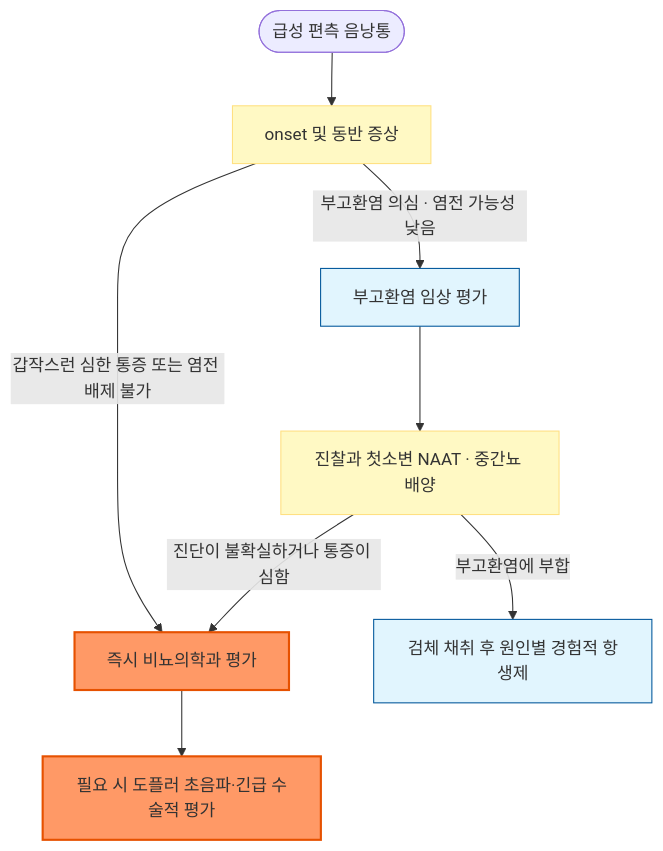
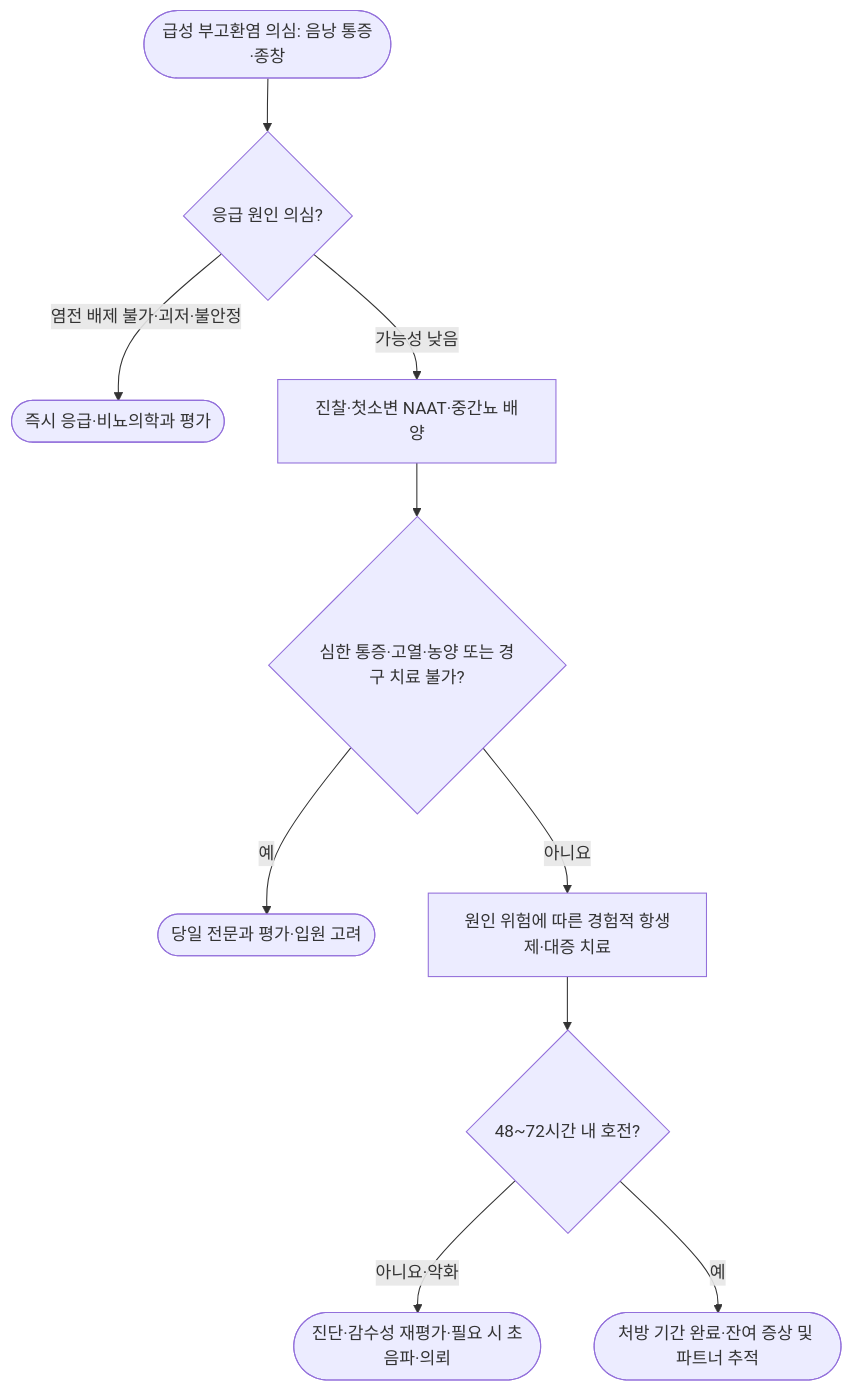
One commit to familyoh77/familyoh77 changed the diagram in 227_/121_-acute-epididymitis.md. Above: the diagram before and after it, drawn with Mermaid. The commit also changed other lines of this file and 9 other files, not shown here.

````diff
--- a/227_/121_-acute-epididymitis.md
+++ b/227_/121_-acute-epididymitis.md
@@ -99,16 +102,12 @@
 ```mermaid
-graph TD
-    Start([급성 편측 음낭통]) --> Onset[onset 및 동반 증상]
-    Onset -->|갑작스런 심한 통증 또는 염전 배제 불가| Torsion[즉시 비뇨의학과 평가]
-    Onset -->|부고환염 의심 · 염전 가능성 낮음| Epi[부고환염 임상 평가]
-    Epi --> Adjunct[진찰과 첫소변 NAAT · 중간뇨 배양]
-    Adjunct -->|진단이 불확실하거나 통증이 심함| Torsion
-    Adjunct -->|부고환염에 부합| Treat[검체 채취 후 원인별 경험적 항생제]
-    Torsion --> Surgery[필요 시 도플러 초음파·긴급 수술적 평가]
-    classDef yellow fill:#fff9c4,stroke:#ffe082
-    class Onset,Adjunct yellow
-    style Torsion fill:#f96,stroke:#e65100,stroke-width:2px
-    style Surgery fill:#f96,stroke:#e65100,stroke-width:2px
-    style Epi fill:#e1f5fe,stroke:#01579b
-    style Treat fill:#e1f5fe,stroke:#01579b
+flowchart TD
+    Start([급성 부고환염 의심: 음낭 통증·종창]) --> Risk{응급 원인 의심?}
+    Risk -->|염전 배제 불가·괴저·불안정| Urgent([즉시 응급·비뇨의학과 평가])
+    Risk -->|가능성 낮음| Work[진찰·첫소변 NAAT·중간뇨 배양]
+    Work --> Severe{심한 통증·고열·농양 또는 경구 치료 불가?}
+    Severe -->|예| Admit([당일 전문과 평가·입원 고려])
+    Severe -->|아니요| Treat[원인 위험에 따른 경험적 항생제·대증 치료]
+    Treat --> Review{48~72시간 내 호전?}
+    Review -->|아니요·악화| Recheck([진단·감수성 재평가·필요 시 초음파·의뢰])
+    Review -->|예| Finish([처방 기간 완료·잔여 증상 및 파트너 추적])
 ```
````
